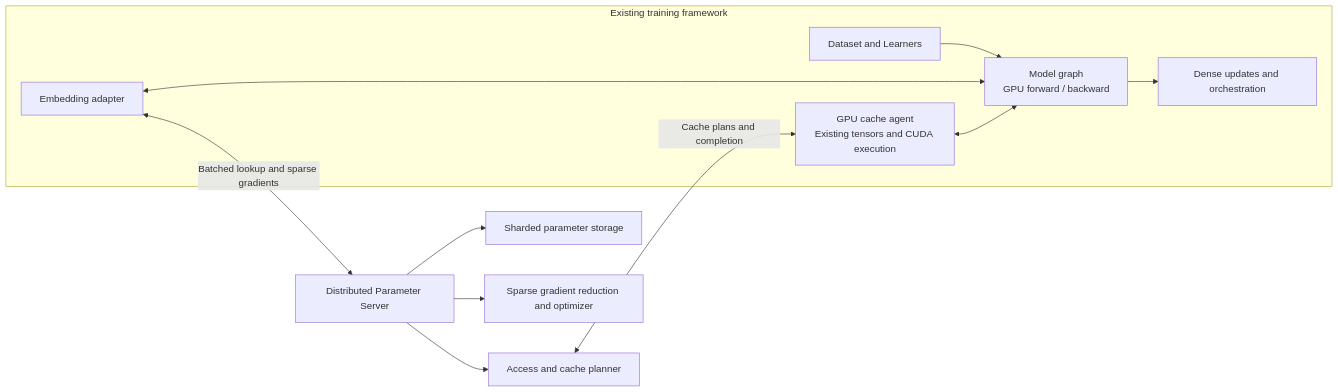
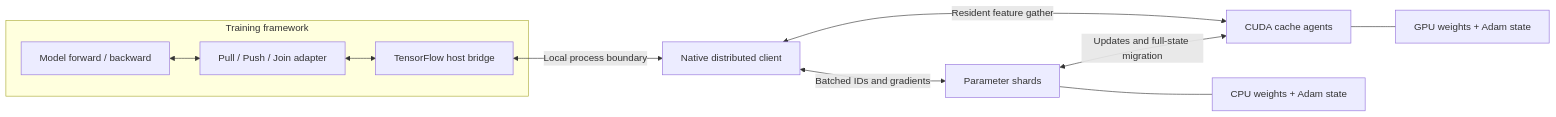
The second of 2 diagrams in README.md (Zhang-Xin-Duke/distributed-recommendation-model-training-system), drawn with Mermaid before and after one commit. The commit also changed other lines of this file and 41 other files, not shown here.

````diff
--- a/README.md
+++ b/README.md
@@ -59,14 +67,13 @@
 ```mermaid
 flowchart LR
-    subgraph Entropy[Existing training framework]
-        L[Dataset and Learners] --> G["Model graph<br/>GPU forward / backward"]
-        G --> D[Dense updates and orchestration]
-        A[Embedding adapter] <--> G
-        C["GPU cache agent<br/>Existing tensors and CUDA execution"] <--> G
+    subgraph Framework[Training framework]
+        G[Model forward / backward] <--> A[Pull / Push / Join adapter]
+        A <--> H[TensorFlow host bridge]
     end
-    A <-->|Batched lookup and sparse gradients| S[Distributed Parameter Server]
-    S --> T[Sharded parameter storage]
-    S --> U[Sparse gradient reduction and optimizer]
-    S --> P[Access and cache planner]
-    P <-->|Cache plans and completion| C
+    H <-->|Local process boundary| C[Native distributed client]
+    C <-->|Batched IDs and gradients| S[Parameter shards]
+    C <-->|Resident feature gather| W[CUDA cache agents]
+    S <-->|Updates and full-state migration| W
+    S --- T[CPU weights + Adam state]
+    W --- V[GPU weights + Adam state]
 ```
````
